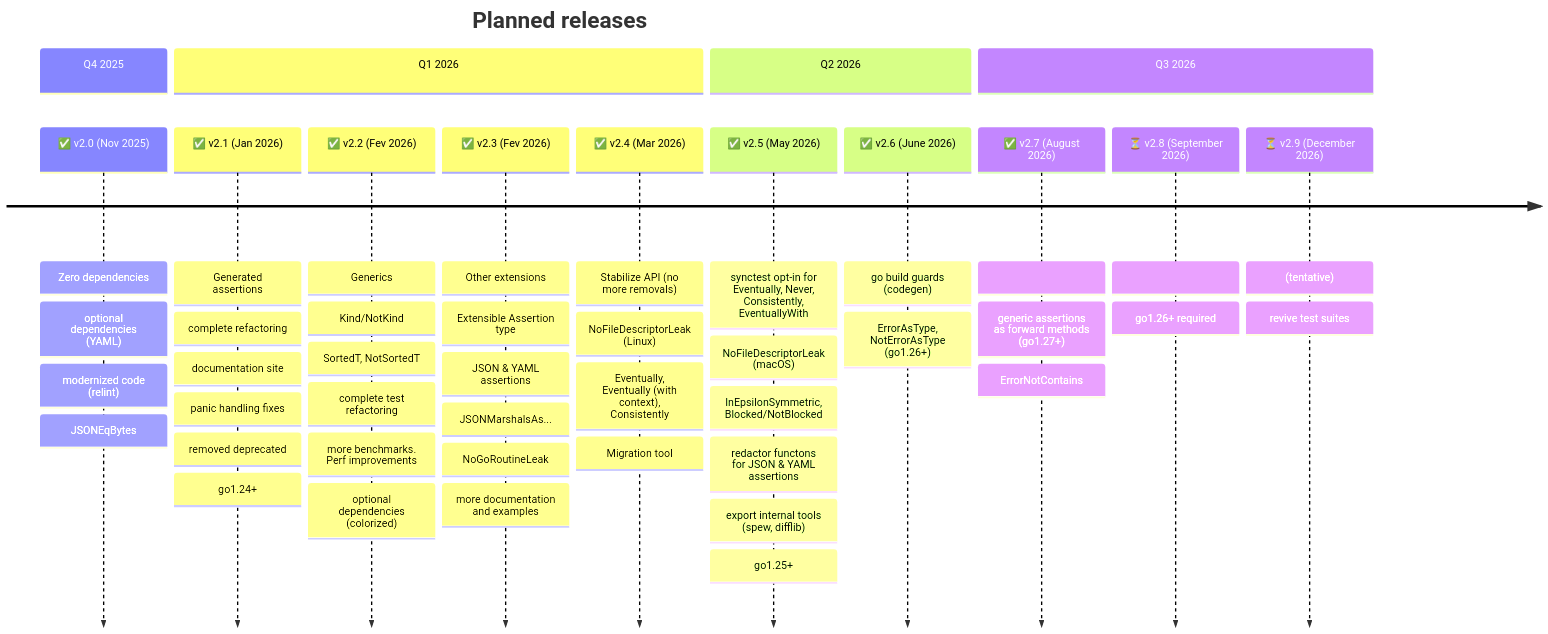
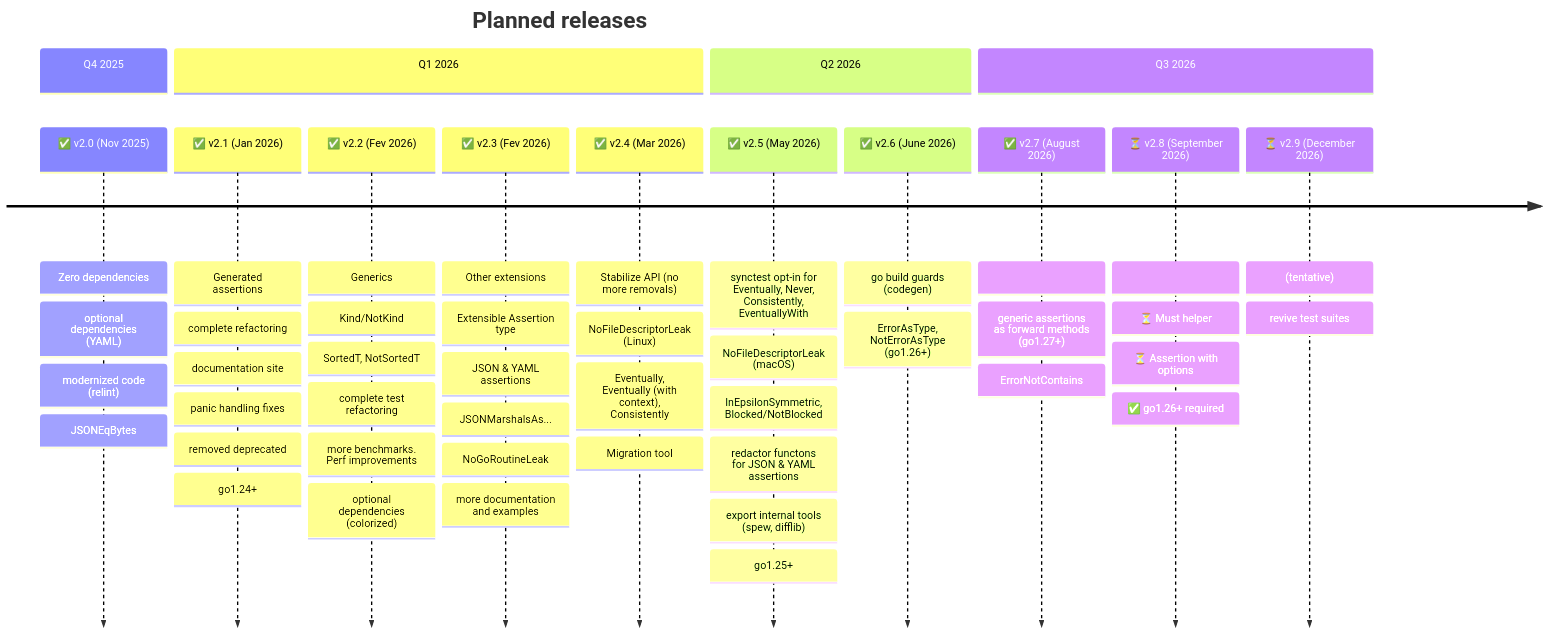
Before and after one commit to go-openapi/testify: the diagram in docs/doc-site/project/maintainers/ROADMAP.md, drawn with Mermaid. The commit also changed other lines of this file and 50 other files, not shown here.

```diff
--- a/docs/doc-site/project/maintainers/ROADMAP.md
+++ b/docs/doc-site/project/maintainers/ROADMAP.md
@@ -9,48 +9,50 @@
 {{< mermaid align="center" zoom="true" >}}
 timeline
     title Planned releases
     section Q4 2025
     ✅ v2.0 (Nov 2025) : Zero dependencies
                     : optional dependencies (YAML)
                     : modernized code (relint)
                     : JSONEqBytes
     section Q1 2026
     ✅ v2.1 (Jan 2026) : Generated assertions
                     : complete refactoring
                     : documentation site
                     : panic handling fixes
                     : removed deprecated
                     : go1.24+
     ✅ v2.2 (Fev 2026) : Generics
                     : Kind/NotKind
                     : SortedT, NotSortedT
                     : complete test refactoring
                     : more benchmarks. Perf improvements
                     : optional dependencies (colorized)
     ✅ v2.3 (Fev 2026) : Other extensions
                     : Extensible Assertion type
                     : JSON & YAML assertions: JSONMarshalsAs...
                     : NoGoRoutineLeak
                     : more documentation and examples
     ✅ v2.4 (Mar 2026) : Stabilize API (no more removals)
                     : NoFileDescriptorLeak (Linux)
                     : Eventually, Eventually (with context), Consistently
                     : Migration tool
     section Q2 2026
     ✅ v2.5 (May 2026) : synctest opt-in for Eventually, Never, Consistently, EventuallyWith
                     : NoFileDescriptorLeak (macOS)
                     : InEpsilonSymmetric, Blocked/NotBlocked
                     : redactor functons for JSON & YAML assertions
                     : export internal tools (spew, difflib)
                     : go1.25+
     ✅ v2.6 (June 2026) : go build guards (codegen)
                     : ErrorAsType, NotErrorAsType (go1.26+)
     section Q3 2026
     ✅ v2.7 (August 2026) :
                     : generic assertions as forward methods (go1.27+)
                     : ErrorNotContains
     ⏳ v2.8 (September 2026) :
-                    : go1.26+ required
+                    : ⏳ Must helper
+                    : ⏳ Assertion with options
+                    : ✅ go1.26+ required
     ⏳ v2.9 (December 2026) : (tentative)
                     : revive test suites
 {{< /mermaid >}}
```
